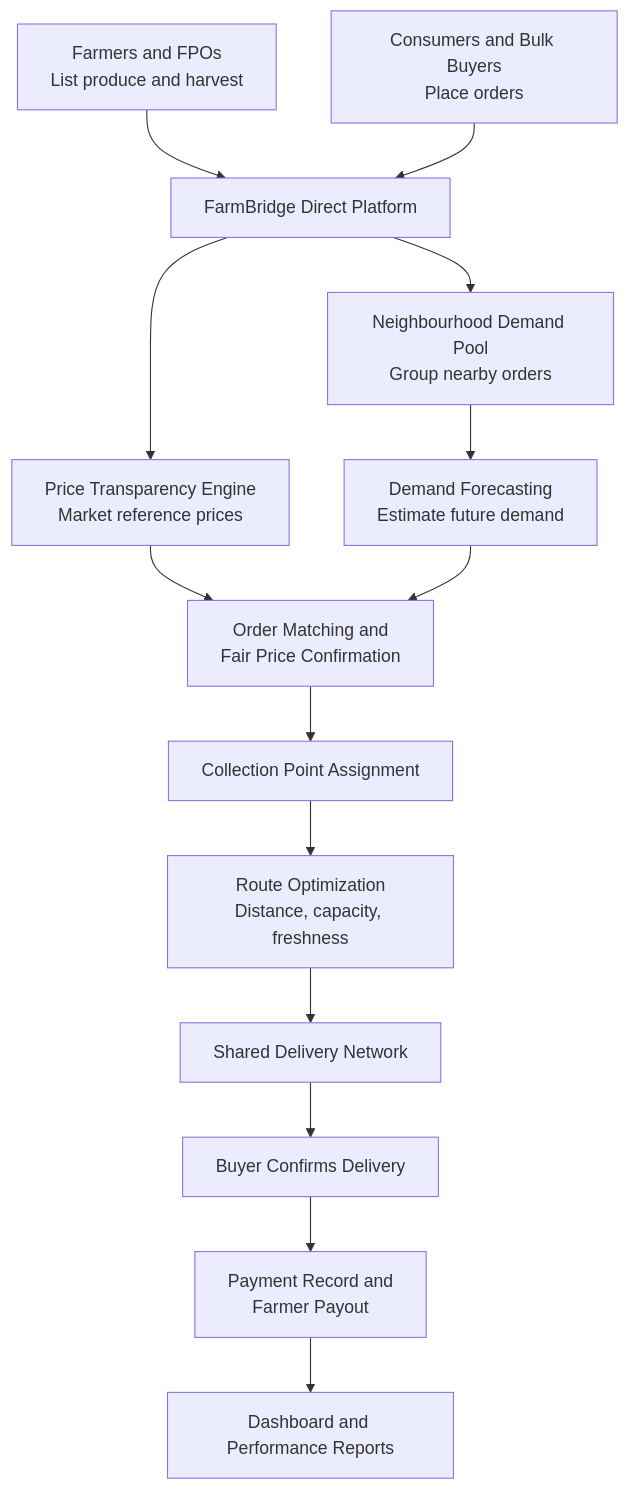
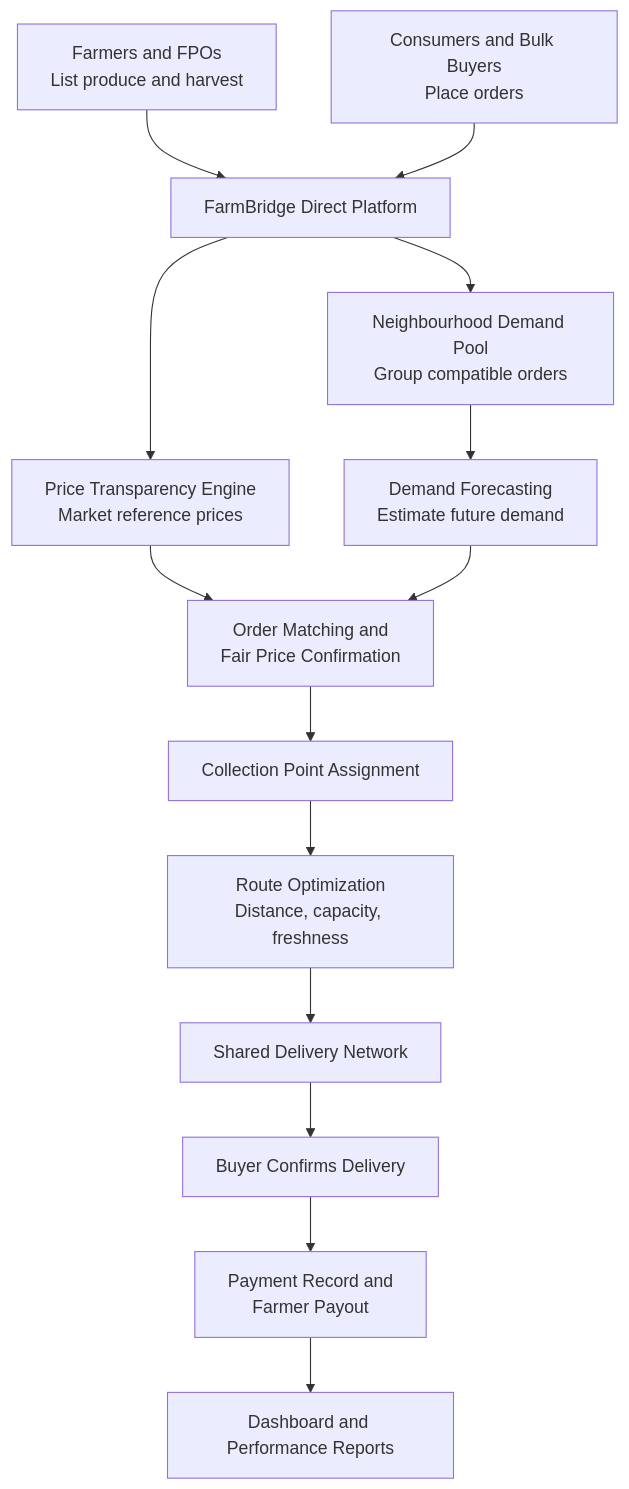
One commit to prasana13/SIH-26033 changed the diagram in README.md. Above: the diagram before and after it, drawn with Mermaid. The commit also changed other lines of this file, not shown here.

````diff
--- a/README.md
+++ b/README.md
@@ -145,20 +179,20 @@
 ```mermaid
 flowchart TD
     A["Farmers and FPOs<br/>List produce and harvest"] --> C["FarmBridge Direct Platform"]
     B["Consumers and Bulk Buyers<br/>Place orders"] --> C
 
     C --> D["Price Transparency Engine<br/>Market reference prices"]
-    C --> E["Neighbourhood Demand Pool<br/>Group nearby orders"]
+    C --> E["Neighbourhood Demand Pool<br/>Group compatible orders"]
 
     E --> F["Demand Forecasting<br/>Estimate future demand"]
 
     D --> G["Order Matching and<br/>Fair Price Confirmation"]
     F --> G
 
     G --> H["Collection Point Assignment"]
     H --> I["Route Optimization<br/>Distance, capacity, freshness"]
     I --> J["Shared Delivery Network"]
     J --> K["Buyer Confirms Delivery"]
     K --> L["Payment Record and<br/>Farmer Payout"]
     L --> M["Dashboard and Performance Reports"]
 ```
````
